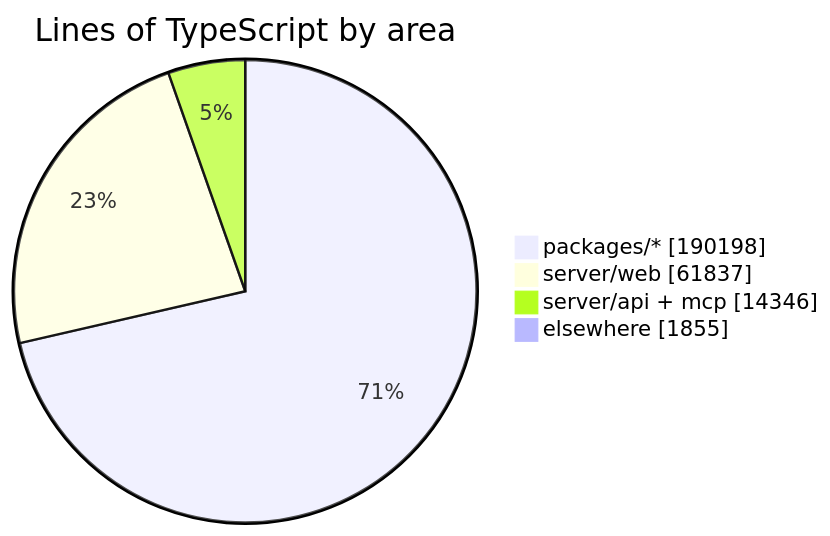
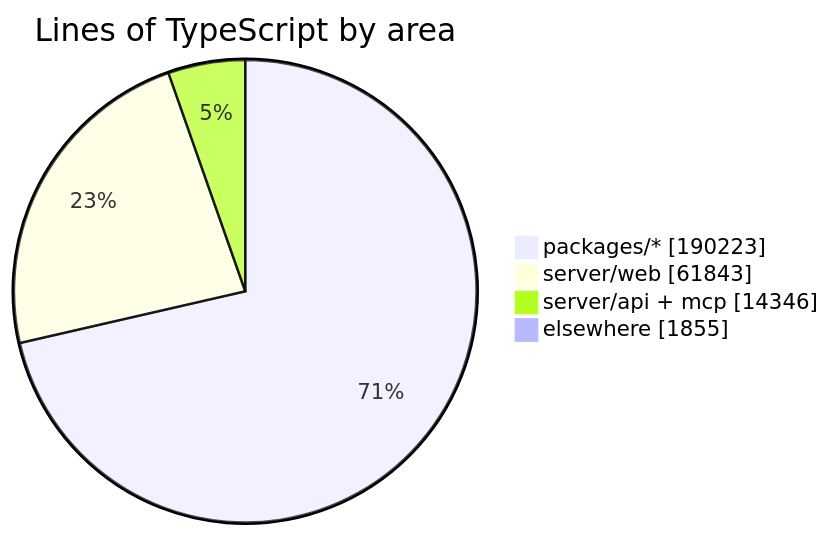
Before and after one commit to crossworks-engineering/mantle: the diagram in README.md, drawn with Mermaid. The commit also changed other lines of this file and 2 other files, not shown here.

````diff
--- a/README.md
+++ b/README.md
@@ -279,7 +279,7 @@
 ```mermaid
 pie showData title Lines of TypeScript by area
-    "packages/*" : 190198
-    "server/web" : 61837
+    "packages/*" : 190223
+    "server/web" : 61843
     "server/api + mcp" : 14346
     "elsewhere" : 1855
 ```
````
